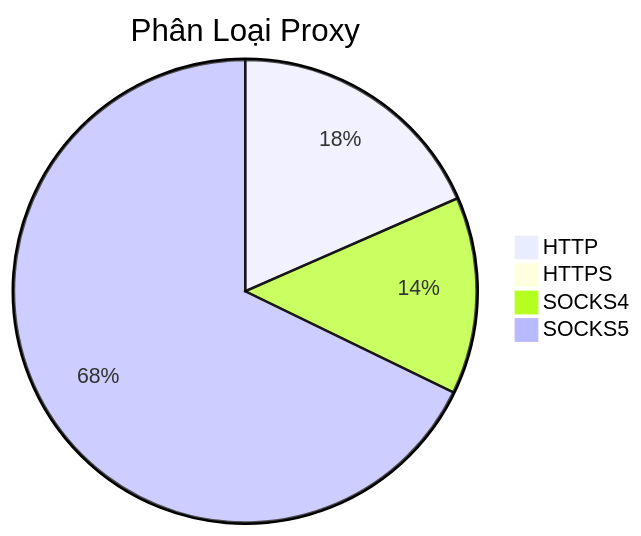
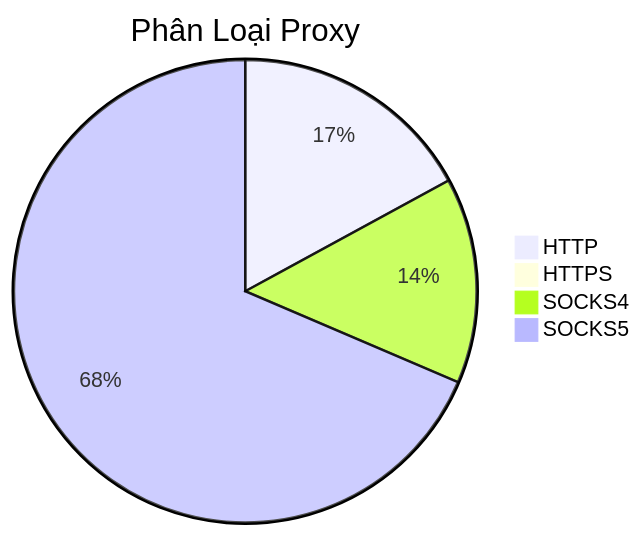
One commit to Ciara-Aa/PROXY-free changed the diagram in README.md. Above: the diagram before and after it, drawn with Mermaid. The commit also changed other lines of this file and 4 other files, not shown here.

````diff
--- a/README.md
+++ b/README.md
@@ -26,7 +26,7 @@
 ```mermaid
 pie title Phân Loại Proxy
-    "HTTP" : 557
-    "HTTPS" : 11
-    "SOCKS4" : 416
-    "SOCKS5" : 2049
+    "HTTP" : 418
+    "HTTPS" : 10
+    "SOCKS4" : 352
+    "SOCKS5" : 1680
 ```
````
